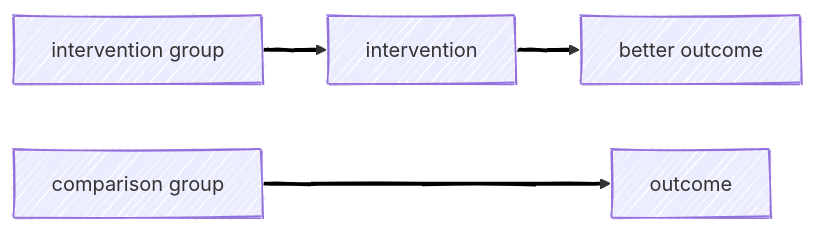
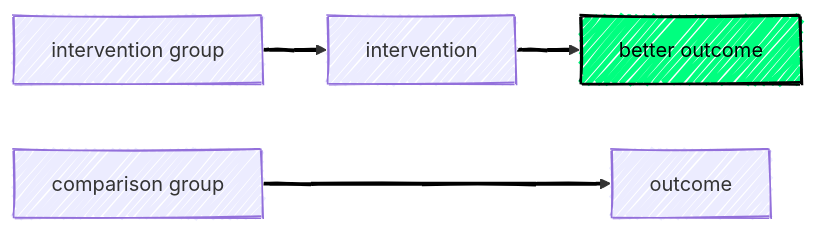
Before and after one commit to agrogan1/closeread: the third of 8 diagrams in multivariate/multivariate.qmd, drawn with Mermaid. The commit also changed other lines of this file and 6 other files, not shown here.

````diff
--- a/multivariate/multivariate.qmd
+++ b/multivariate/multivariate.qmd
@@ -95,18 +107,22 @@
 ```{mermaid}
 ---
 config:
   look: handDrawn
   theme: default
 ---
 
 flowchart LR
 
   interventiongroup["intervention group"] --> intervention
 
-  intervention[intervention] --> outcome1[better outcome]
+  intervention[intervention] --> outcome1[better outcome]:::springgreen
 
   comparisongroup["comparison group"] ---> outcome0[outcome]
 
   linkStyle 0,1,2 stroke:#000000,stroke-width:3px,font-size:36px,color:black;
 
+  classDef green fill:#80BD41,stroke:#000000,stroke-width:2px,color:#000000;
+  
+  classDef springgreen fill:#00FF7F,stroke:#000000,stroke-width:2px,color:#000000;
+  
 ```
````
